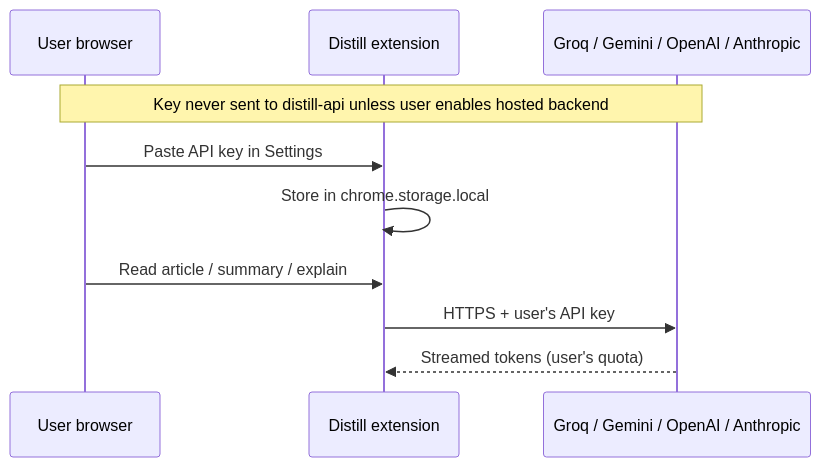
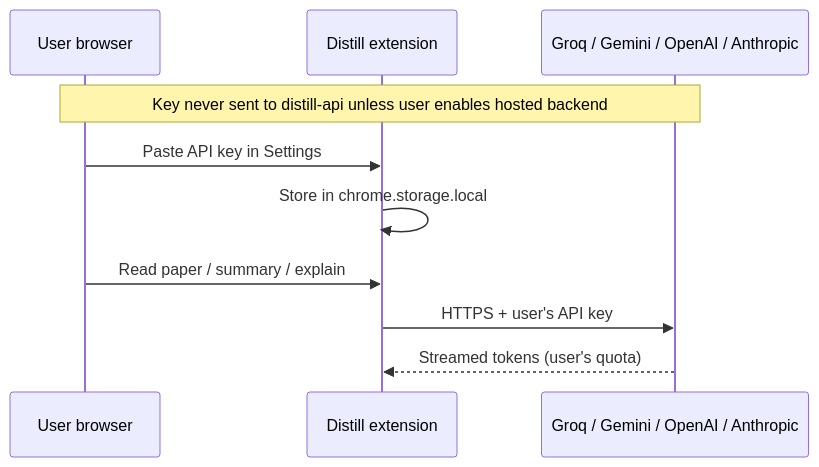
The diagram in docs/FREE_LLM.md (rsheth8/distill), drawn with Mermaid before and after one commit. The commit also changed 4 other files, not shown here.

````diff
--- a/docs/FREE_LLM.md
+++ b/docs/FREE_LLM.md
@@ -17,13 +17,13 @@
 ```mermaid
 sequenceDiagram
   participant User as User browser
   participant Ext as Distill extension
   participant LLM as Groq / Gemini / OpenAI / Anthropic
 
   Note over User,LLM: Key never sent to distill-api unless user enables hosted backend
   User->>Ext: Paste API key in Settings
   Ext->>Ext: Store in chrome.storage.local
-  User->>Ext: Read article / summary / explain
+  User->>Ext: Read paper / summary / explain
   Ext->>LLM: HTTPS + user's API key
   LLM-->>Ext: Streamed tokens (user's quota)
 ```
````
